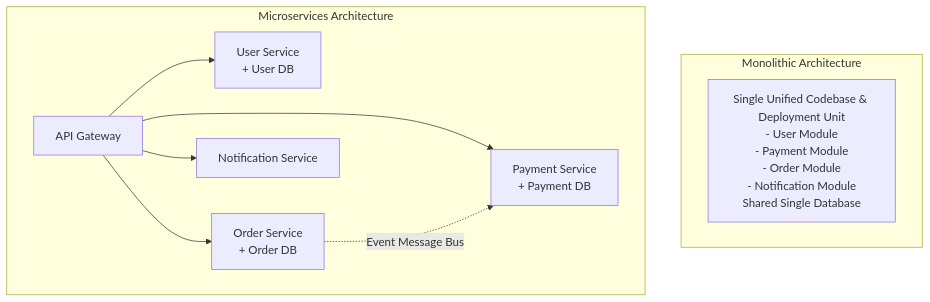
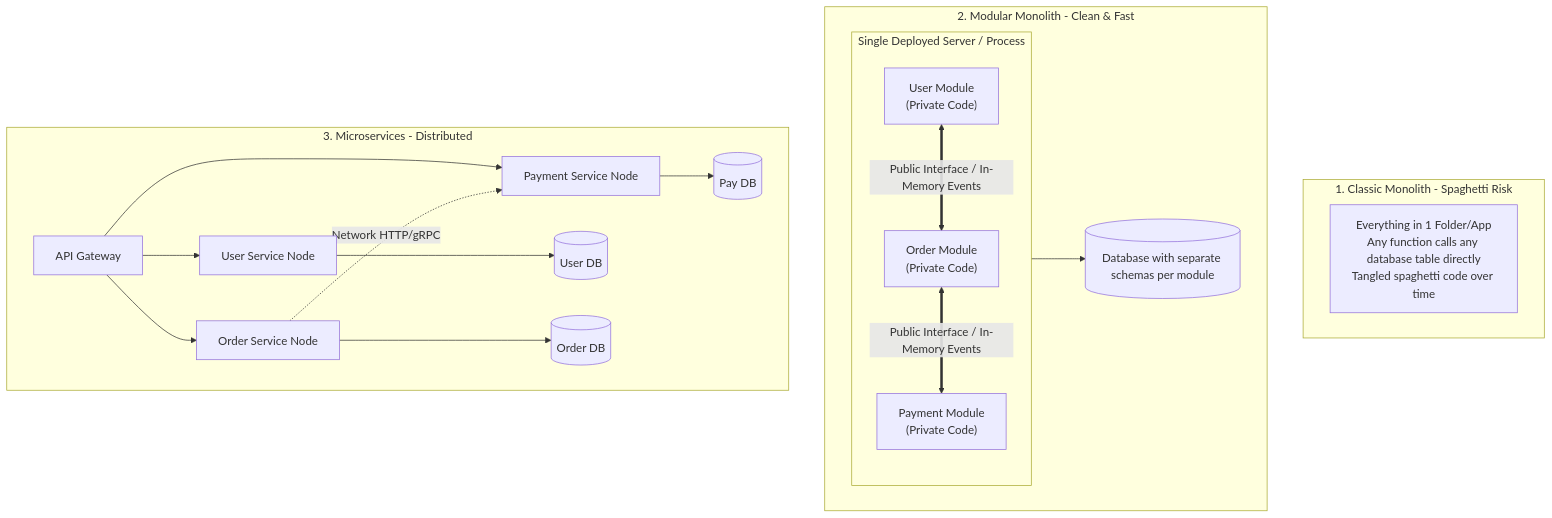
One commit to Sujalkathait/high-level-design changed diagram 14 of 27 in README.md. Above: the diagram before and after it, drawn with Mermaid. The commit also changed other lines of this file, not shown here.

Commit message:
docs: explain modular monolith, 1 server capacity limits, latency/throughput math & scaling decision tree

````diff
--- a/README.md
+++ b/README.md
@@ -545,14 +545,27 @@
 ```mermaid
 graph TD
-    subgraph Monolith [Monolithic Architecture]
-        M_All["Single Unified Codebase & Deployment Unit\n- User Module\n- Payment Module\n- Order Module\n- Notification Module\nShared Single Database"]
+    subgraph ClassicMonolith [1. Classic Monolith - Spaghetti Risk]
+        M1["Everything in 1 Folder/App\nAny function calls any database table directly\nTangled spaghetti code over time"]
     end
 
-    subgraph Microservices [Microservices Architecture]
-        GW[API Gateway] --> S_User[User Service\n+ User DB]
-        GW --> S_Pay[Payment Service\n+ Payment DB]
-        GW --> S_Order[Order Service\n+ Order DB]
-        GW --> S_Notif[Notification Service]
-        S_Order -. Event Message Bus .-> S_Pay
+    subgraph ModularMonolith [2. Modular Monolith - Clean & Fast]
+        subgraph SingleBinary [Single Deployed Server / Process]
+            ModUser["User Module\n(Private Code)"]
+            ModPay["Payment Module\n(Private Code)"]
+            ModOrder["Order Module\n(Private Code)"]
+            ModUser <== Public Interface / In-Memory Events ==> ModOrder
+            ModOrder <== Public Interface / In-Memory Events ==> ModPay
+        end
+        SingleBinary --> DB[(Database with separate schemas per module)]
+    end
+
+    subgraph Microservices [3. Microservices - Distributed]
+        GW[API Gateway] --> S_User[User Service Node]
+        GW --> S_Pay[Payment Service Node]
+        GW --> S_Order[Order Service Node]
+        S_User --> DB_U[(User DB)]
+        S_Pay --> DB_P[(Pay DB)]
+        S_Order --> DB_O[(Order DB)]
+        S_Order -. Network HTTP/gRPC .-> S_Pay
     end
 ```
````
